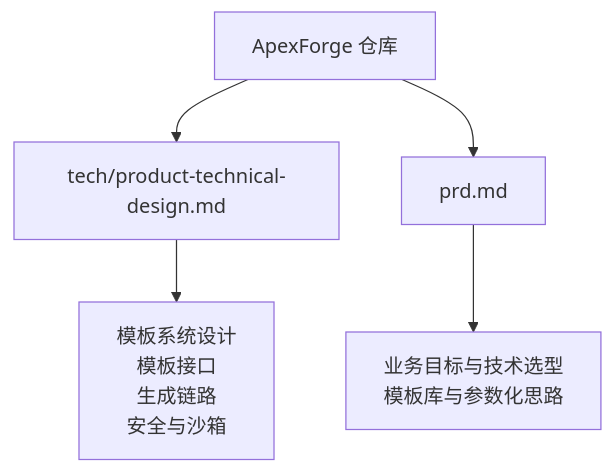
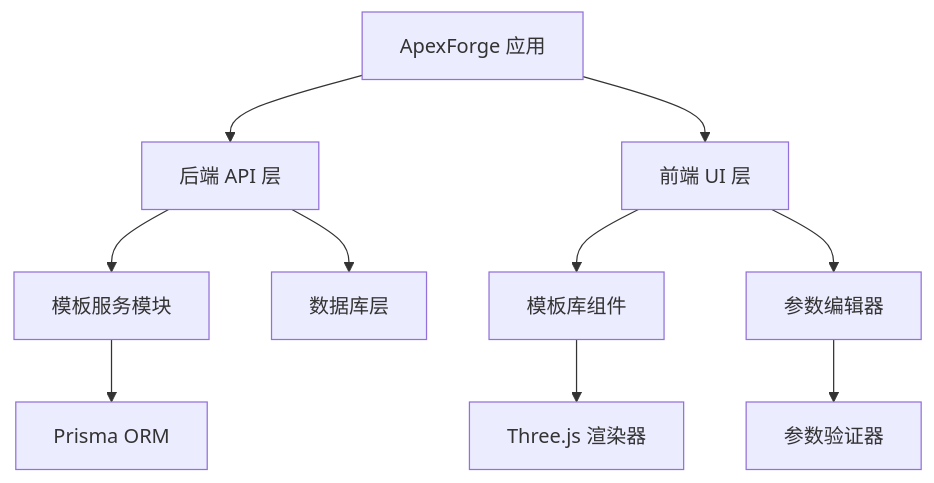
The first of 8 diagrams in .qoder/repowiki/zh/content/核心功能模块/模板系统与参数化.md (MrXujiang/ApexForge), drawn with Mermaid before and after one commit. The commit also changed other lines of this file and 84 other files, not shown here.

````diff
--- a/.qoder/repowiki/zh/content/核心功能模块/模板系统与参数化.md
+++ b/.qoder/repowiki/zh/content/核心功能模块/模板系统与参数化.md
@@ -27,7 +43,12 @@
 ```mermaid
 graph TB
-A["ApexForge 仓库"] --> B["tech/product-technical-design.md"]
-A --> C["prd.md"]
-B --> D["模板系统设计<br/>模板接口<br/>生成链路<br/>安全与沙箱"]
-C --> E["业务目标与技术选型<br/>模板库与参数化思路"]
+A["ApexForge 应用"] --> B["后端 API 层"]
+A --> C["前端 UI 层"]
+B --> D["模板服务模块"]
+B --> E["数据库层"]
+C --> F["模板库组件"]
+C --> G["参数编辑器"]
+D --> H["Prisma ORM"]
+F --> I["Three.js 渲染器"]
+G --> J["参数验证器"]
 ```
````
